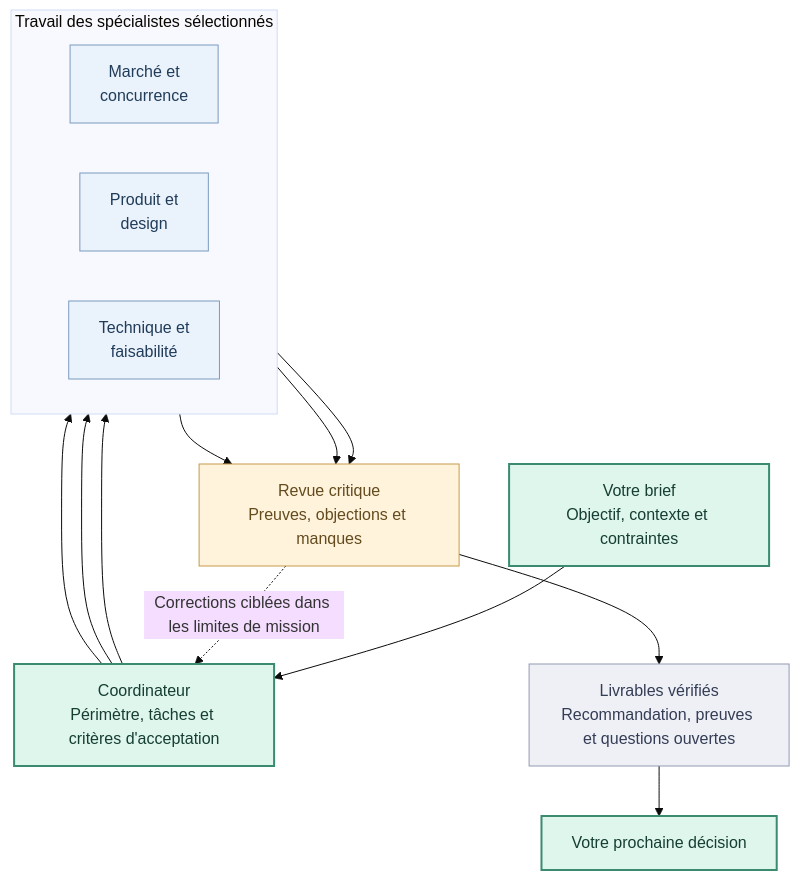
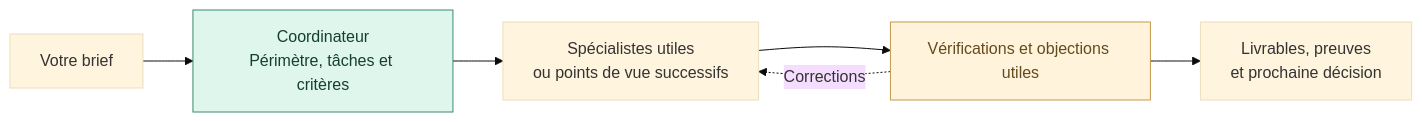
One commit to AjinthAT/orka-skill changed the diagram in README.fr.md. Above: the diagram before and after it, drawn with Mermaid (base theme). The commit also changed other lines of this file and 6 other files, not shown here.

Commit message:
Simplifier l’accueil public et indexer les résultats sans modifier les preuves

````diff
--- a/README.fr.md
+++ b/README.fr.md
@@ -45,29 +37,10 @@
 ```mermaid
-flowchart TB
-    Brief["Votre brief<br/>Objectif, contexte et contraintes"]:::lead
-    Coordinator["Coordinateur<br/>Périmètre, tâches et critères d'acceptation"]:::lead
-    Brief --> Coordinator
-
-    subgraph Work["Travail des spécialistes sélectionnés"]
-        direction LR
-        Market["Marché et<br/>concurrence"]:::team
-        Product["Produit et<br/>design"]:::team
-        Engineering["Technique et<br/>faisabilité"]:::team
-    end
-
-    Coordinator --> Market
-    Coordinator --> Product
-    Coordinator --> Engineering
-    Market --> Review
-    Product --> Review
-    Engineering --> Review
-    Review["Revue critique<br/>Preuves, objections et manques"]:::review
-    Review -. Corrections ciblées dans les limites de mission .-> Coordinator
-    Review --> Delivery["Livrables vérifiés<br/>Recommandation, preuves et questions ouvertes"]:::output
-    Delivery --> Decision["Votre prochaine décision"]:::lead
-
-    classDef lead fill:#dff6ed,stroke:#3a8b70,color:#163e32,stroke-width:2px;
-    classDef team fill:#eaf2fb,stroke:#7b9bbd,color:#203c59;
-    classDef review fill:#fff3dc,stroke:#c49a4a,color:#644b1d;
-    classDef output fill:#eef0f6,stroke:#939bb2,color:#343d55;
+flowchart LR
+    Brief["Votre brief"] --> Coordinateur["Coordinateur<br/>Périmètre, tâches et critères"]
+    Coordinateur --> Travail["Spécialistes utiles<br/>ou points de vue successifs"]
+    Travail --> Revue["Vérifications et objections utiles"]
+    Revue -. Corrections .-> Travail
+    Revue --> Resultat["Livrables, preuves<br/>et prochaine décision"]
+    style Coordinateur fill:#dff6ed,stroke:#3a8b70,color:#163e32
+    style Revue fill:#fff3dc,stroke:#c49a4a,color:#644b1d
 ```
````
